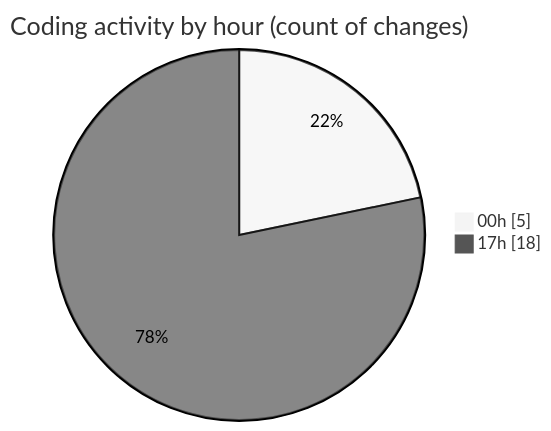
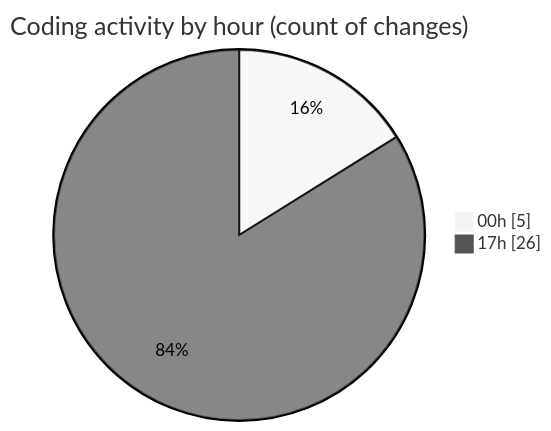
The second of 2 diagrams in 2026-04-12/chatserver/README.md (hasnaa123/code-tracking), drawn with Mermaid (neutral theme) before and after one commit. The commit also changed other lines of this file and 1 other file, not shown here.

````diff
--- a/2026-04-12/chatserver/README.md
+++ b/2026-04-12/chatserver/README.md
@@ -31,6 +31,6 @@
 ```mermaid
 pie showData
 title Coding activity by hour (count of changes)
 "00h" : 5
-"17h" : 18
+"17h" : 26
 ```
````
